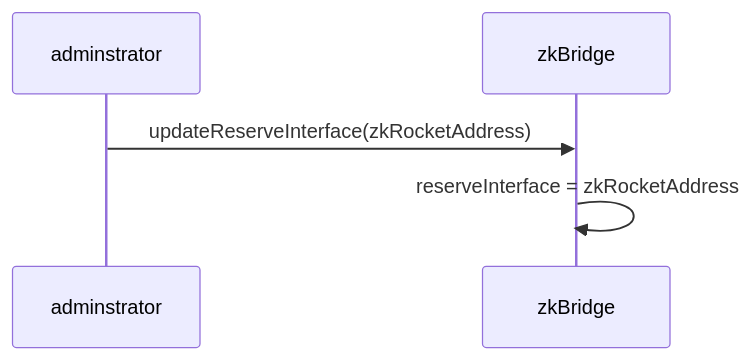
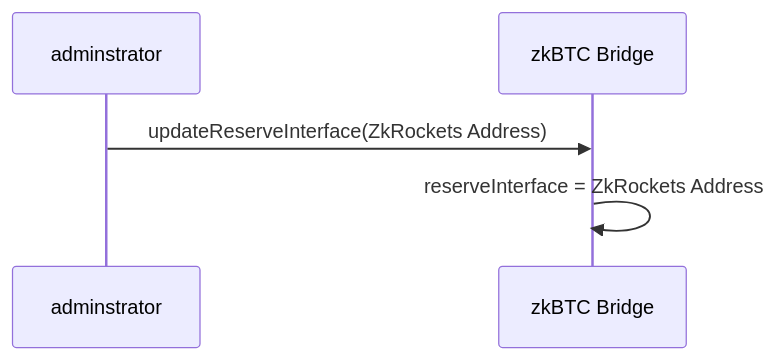
Before and after one commit to zkRocket/ZenKeeper: the first of 4 diagrams in README.md, drawn with Mermaid. The commit also changed other lines of this file, not shown here.

````diff
--- a/README.md
+++ b/README.md
@@ -70,9 +70,9 @@
 ```mermaid
 sequenceDiagram
     participant adminstrator
-    participant zkBridge
+    participant zkBTC Bridge
 
-    adminstrator ->> zkBridge: updateReserveInterface(zkRocketAddress)
-    zkBridge ->> zkBridge: reserveInterface = zkRocketAddress
+    adminstrator ->> zkBTC Bridge: updateReserveInterface(ZkRockets Address)
+    zkBTC Bridge ->> zkBTC Bridge: reserveInterface = ZkRockets Address
 
 ```
````
